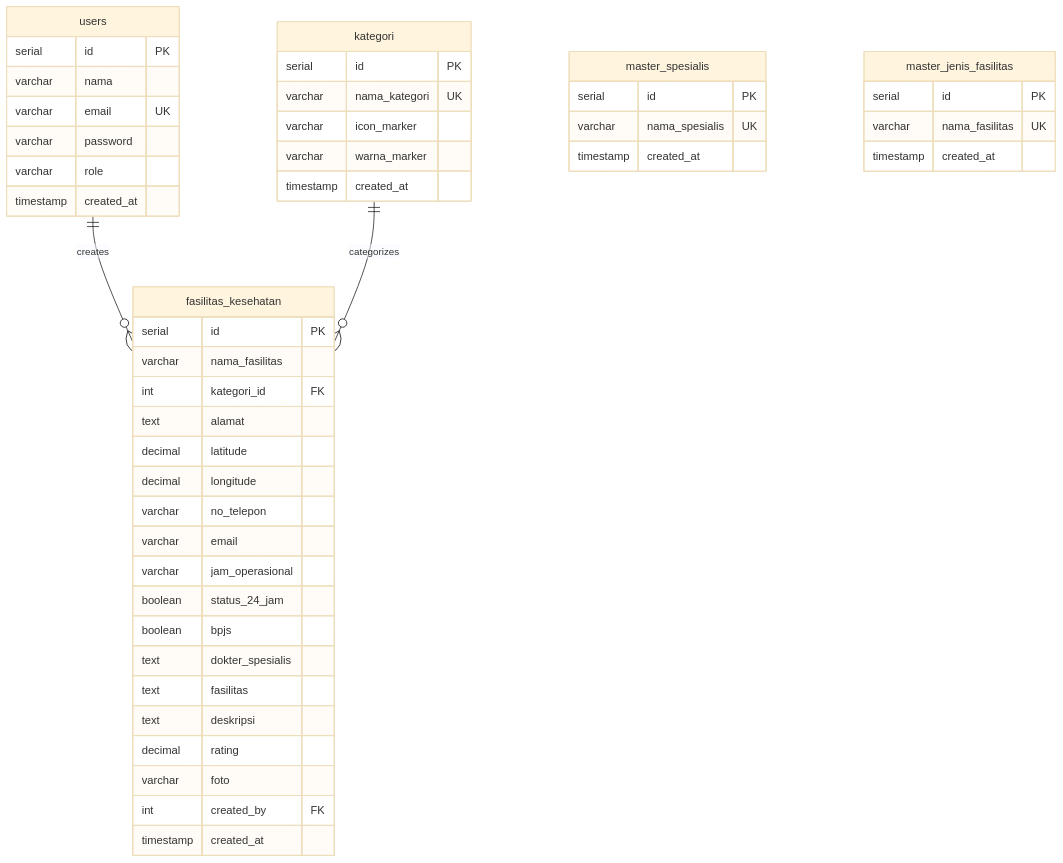
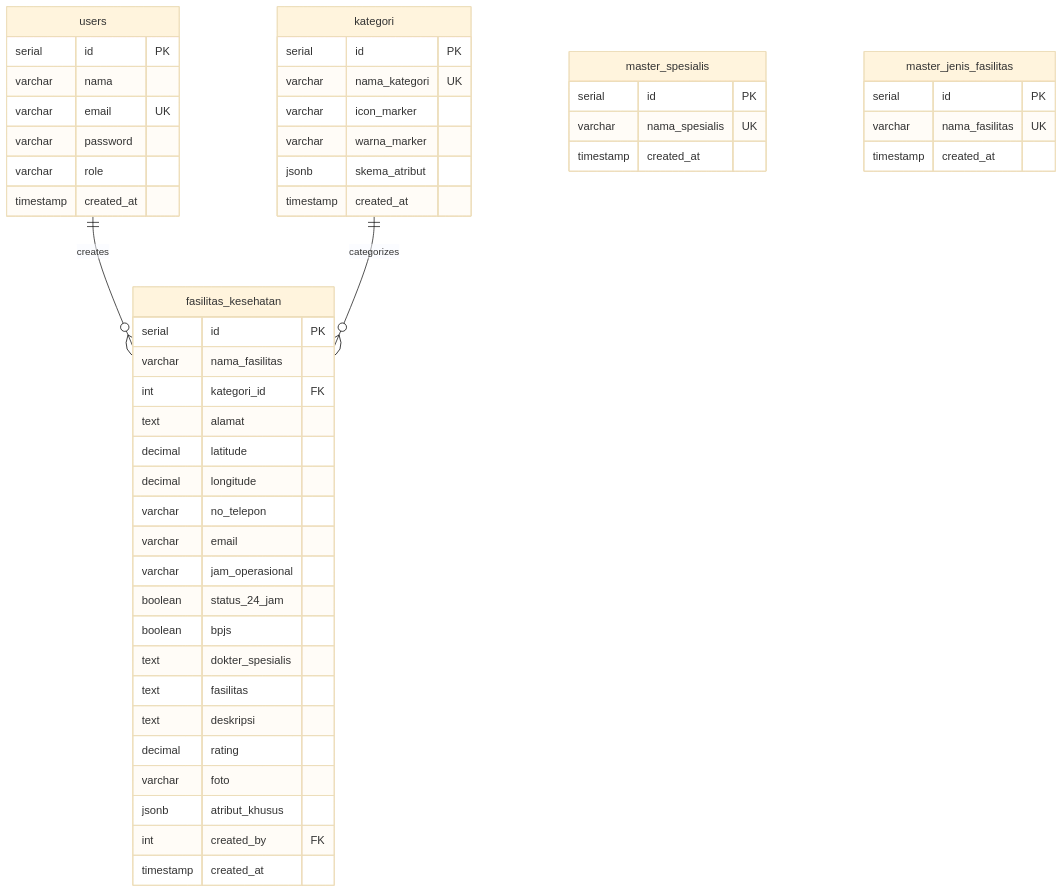
One commit to IvanWinataa/sig-peta changed the diagram in docs/05-DATABASE-SCHEMA.md. Above: the diagram before and after it, drawn with Mermaid (base theme). The commit also changed other lines of this file and 1 other file, not shown here.

````diff
--- a/docs/05-DATABASE-SCHEMA.md
+++ b/docs/05-DATABASE-SCHEMA.md
@@ -12,55 +12,57 @@
 ```mermaid
 erDiagram
   users ||--o{ fasilitas_kesehatan : creates
   kategori ||--o{ fasilitas_kesehatan : categorizes
 
   master_spesialis {
     serial id PK
     varchar nama_spesialis UK
     timestamp created_at
   }
 
   master_jenis_fasilitas {
     serial id PK
     varchar nama_fasilitas UK
     timestamp created_at
   }
 
   users {
     serial id PK
     varchar nama
     varchar email UK
     varchar password
     varchar role
     timestamp created_at
   }
 
   kategori {
     serial id PK
     varchar nama_kategori UK
     varchar icon_marker
     varchar warna_marker
+    jsonb skema_atribut
     timestamp created_at
   }
 
   fasilitas_kesehatan {
     serial id PK
     varchar nama_fasilitas
     int kategori_id FK
     text alamat
     decimal latitude
     decimal longitude
     varchar no_telepon
     varchar email
     varchar jam_operasional
     boolean status_24_jam
     boolean bpjs
     text dokter_spesialis
     text fasilitas
     text deskripsi
     decimal rating
     varchar foto
+    jsonb atribut_khusus
     int created_by FK
     timestamp created_at
   }
 ```
````
